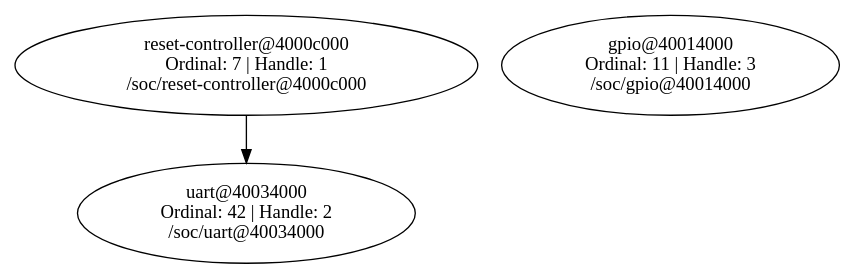
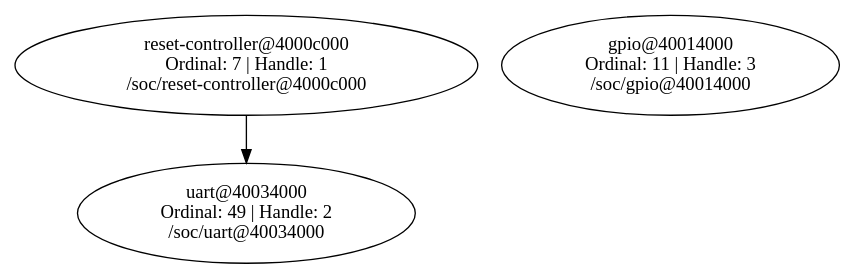
One commit to Diseno-electronico-2023-1/evse-rp2040-hardware changed the diagram in button/build/zephyr/dev_graph.dot. Above: the diagram before and after it, drawn with Graphviz. The commit also changed 384 other files, not shown here.

```diff
--- a/button/build/zephyr/dev_graph.dot
+++ b/button/build/zephyr/dev_graph.dot
@@ -1,7 +1,7 @@
-// C:/Users/sergi/zephyrproject/evse-rp2040-hardware/button/build/zephyr/zephyr_pre0.elf
+// C:/Users/ediso/zephyrproject/evse-rp2040-hardware/button/build/zephyr/zephyr_pre0.elf
 digraph "Device dependency graph" {
 	7 [label="reset-controller@4000c000\nOrdinal: 7 | Handle: 1\n/soc/reset-controller@4000c000"]
-	42 [label="uart@40034000\nOrdinal: 42 | Handle: 2\n/soc/uart@40034000"]
+	49 [label="uart@40034000\nOrdinal: 49 | Handle: 2\n/soc/uart@40034000"]
 	11 [label="gpio@40014000\nOrdinal: 11 | Handle: 3\n/soc/gpio@40014000"]
-	7 -> 42
+	7 -> 49
 }
```
